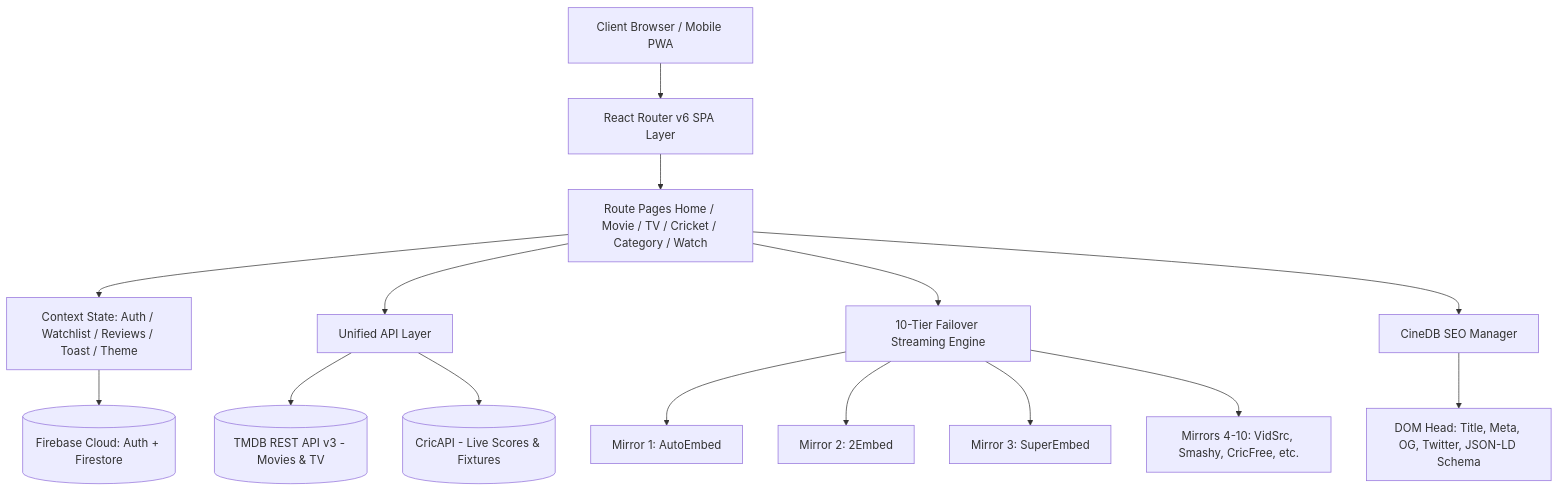
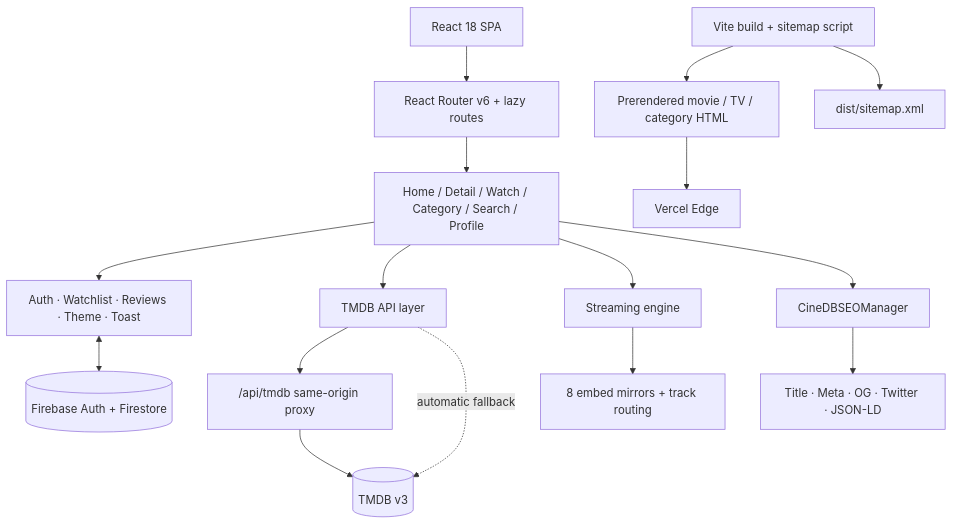
The diagram in README.md (Msumankumar05/CineDB.xyz), drawn with Mermaid before and after one commit. The commit also changed other lines of this file and 3 other files, not shown here.

Commit message:
docs: synchronize showcase with current production architecture and playback features

````diff
--- a/README.md
+++ b/README.md
@@ -91,21 +97,22 @@
 ```mermaid
 graph TD
-    Client[Client Browser / Mobile PWA] --> Router[React Router v6 SPA Layer]
-    Router --> Pages[Route Pages Home / Movie / TV / Cricket / Category / Watch]
-    
-    Pages --> Contexts[Context State: Auth / Watchlist / Reviews / Toast / Theme]
-    Contexts --> Firebase[(Firebase Cloud: Auth + Firestore)]
-    
-    Pages --> API_Layer[Unified API Layer]
-    API_Layer --> TMDB[(TMDB REST API v3 - Movies & TV)]
-    API_Layer --> CricAPI[(CricAPI - Live Scores & Fixtures)]
-    
-    Pages --> StreamEngine[10-Tier Failover Streaming Engine]
-    StreamEngine --> Server1[Mirror 1: AutoEmbed]
-    StreamEngine --> Server2[Mirror 2: 2Embed]
-    StreamEngine --> Server3[Mirror 3: SuperEmbed]
-    StreamEngine --> ServerN[Mirrors 4-10: VidSrc, Smashy, CricFree, etc.]
-    
-    Pages --> SEOMgr[CineDB SEO Manager]
-    SEOMgr --> DOM_Head[DOM Head: Title, Meta, OG, Twitter, JSON-LD Schema]
+    Client[React 18 SPA] --> Router[React Router v6 + lazy routes]
+    Router --> Pages[Home / Detail / Watch / Category / Search / Profile]
+    Pages --> Context[Auth · Watchlist · Reviews · Theme · Toast]
+    Context <--> Firebase[(Firebase Auth + Firestore)]
+
+    Pages --> API[TMDB API layer]
+    API --> Proxy["/api/tmdb same-origin proxy"]
+    Proxy --> TMDB[(TMDB v3)]
+    API -. automatic fallback .-> TMDB
+
+    Pages --> Engine[Streaming engine]
+    Engine --> Mirrors[8 embed mirrors + track routing]
+
+    Pages --> SEO[CineDBSEOManager]
+    SEO --> Head[Title · Meta · OG · Twitter · JSON-LD]
+
+    Build[Vite build + sitemap script] --> Shells[Prerendered movie / TV / category HTML]
+    Shells --> Edge[Vercel Edge]
+    Build --> Sitemap[dist/sitemap.xml]
 ```
````
